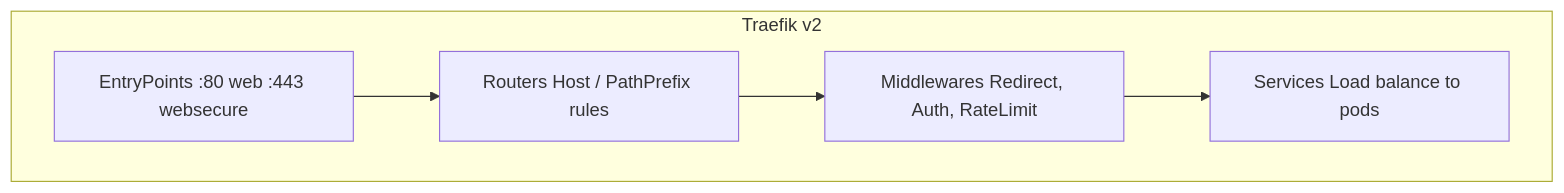
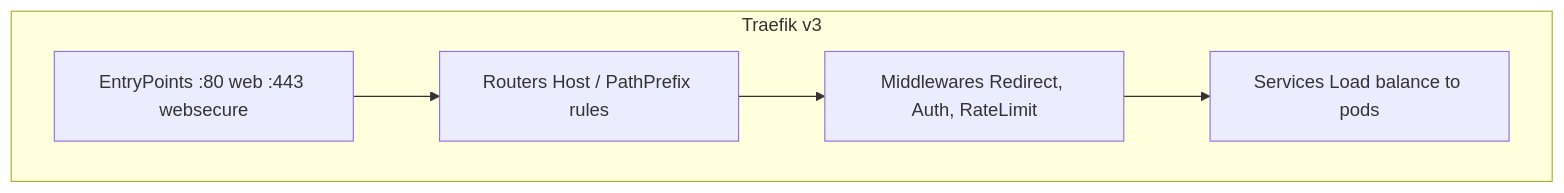
Before and after one commit to UncleJS/course_k3s: the second of 4 diagrams in 07_ingress_and_tls/01_traefik_builtin.md, drawn with Mermaid. The commit also changed other lines of this file and 74 other files, not shown here.

````diff
--- a/07_ingress_and_tls/01_traefik_builtin.md
+++ b/07_ingress_and_tls/01_traefik_builtin.md
@@ -74,10 +74,10 @@
 ```mermaid
 graph TD
-    subgraph Traefik v2
+    subgraph Traefik v3
         EP[EntryPoints :80 web :443 websecure]
         R[Routers Host / PathPrefix rules]
         M[Middlewares Redirect, Auth, RateLimit]
         SVC[Services Load balance to pods]
     end
     EP --> R --> M --> SVC
 ```
````
